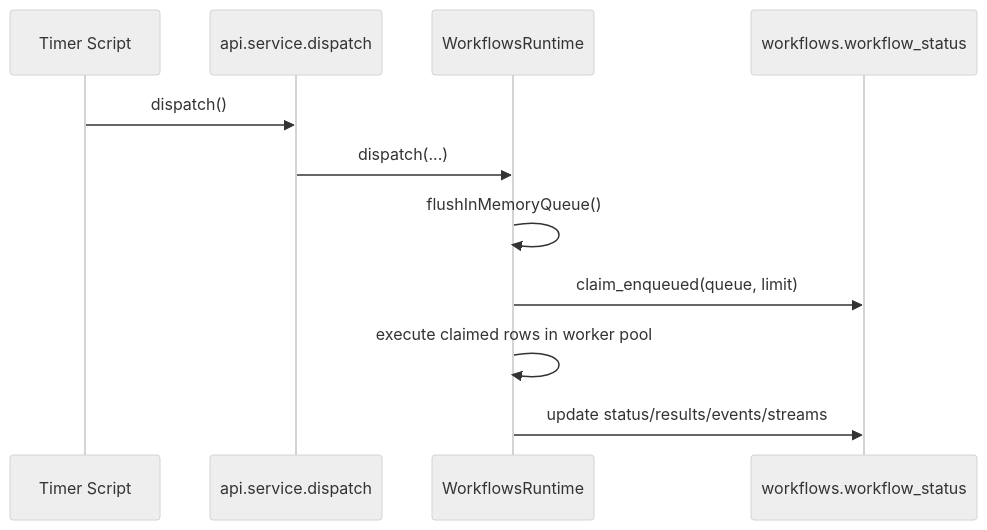
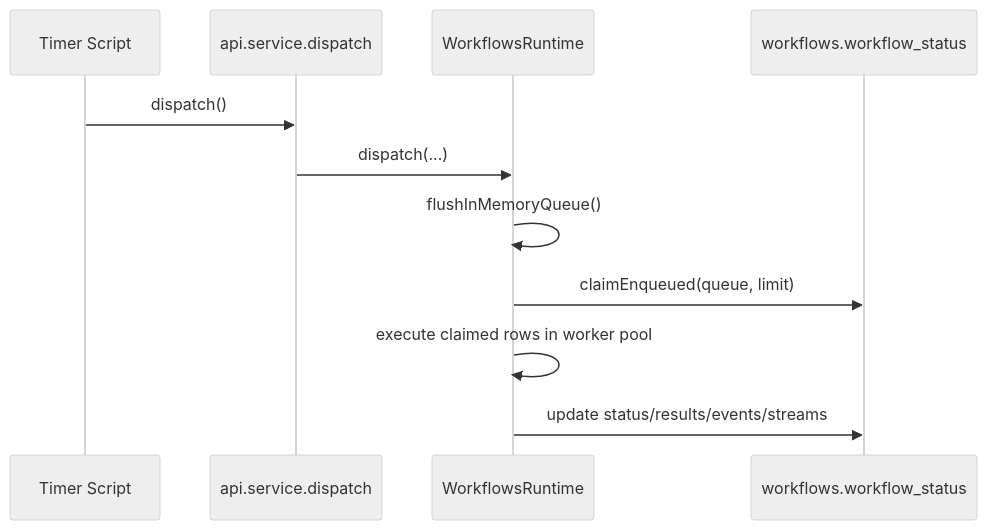
The diagram in docs/api-reference/api-service.md (marcelo-6/ignition-workflows), drawn with Mermaid (neutral theme) before and after one commit. The commit also changed 16 other files, not shown here.

````diff
--- a/docs/api-reference/api-service.md
+++ b/docs/api-reference/api-service.md
@@ -98,14 +98,14 @@
 ```mermaid
 sequenceDiagram
     participant Timer as Timer Script
     participant API as api.service.dispatch
     participant RT as WorkflowsRuntime
     participant DB as workflows.workflow_status
 
     Timer->>API: dispatch()
     API->>RT: dispatch(...)
     RT->>RT: flushInMemoryQueue()
-    RT->>DB: claim_enqueued(queue, limit)
+    RT->>DB: claimEnqueued(queue, limit)
     RT->>RT: execute claimed rows in worker pool
     RT->>DB: update status/results/events/streams
 ```
````
